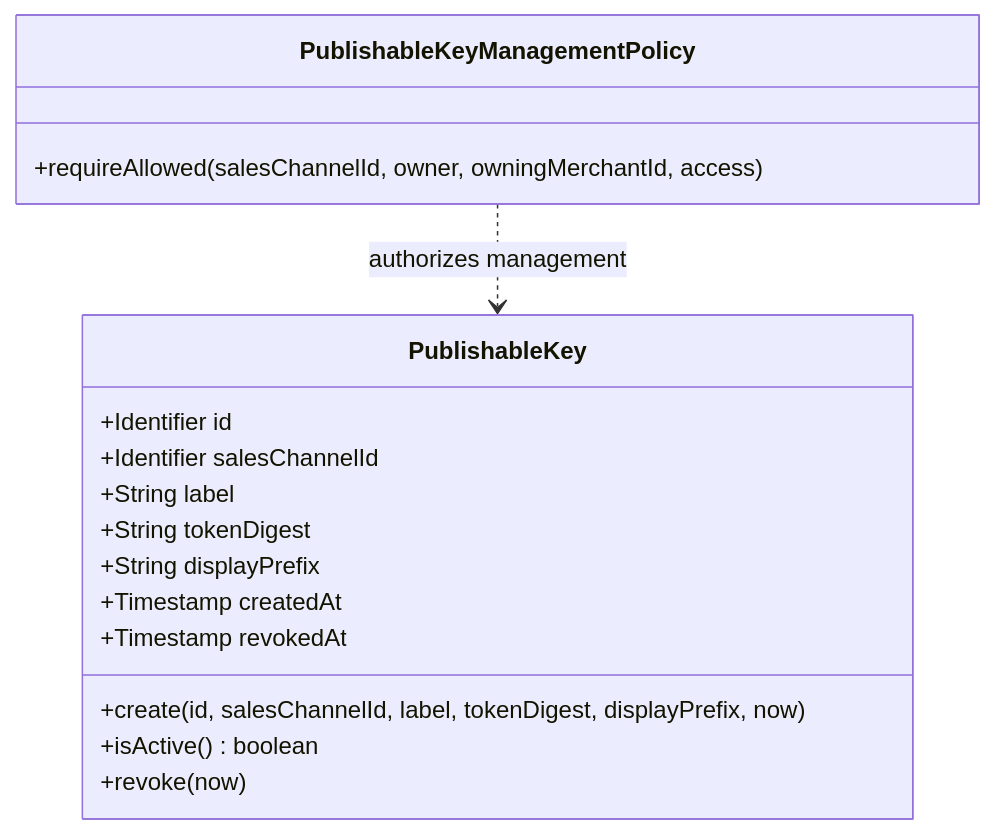
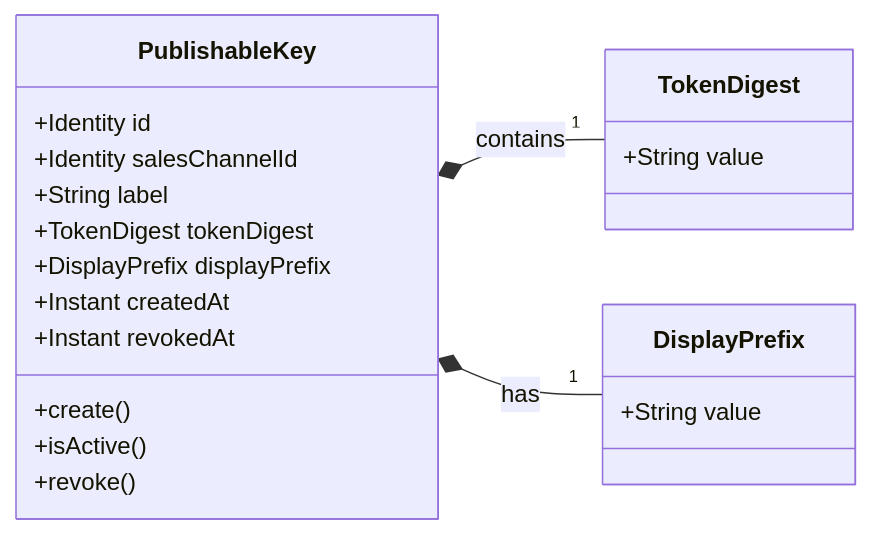
One commit to khinemyaezin/grab changed the second of 3 diagrams in docs/spec/domain/sales-channel/architecture/publishable-key-domain-spec.md. Above: the diagram before and after it, drawn with Mermaid. The commit also changed other lines of this file and 22 other files, not shown here.

````diff
--- a/docs/spec/domain/sales-channel/architecture/publishable-key-domain-spec.md
+++ b/docs/spec/domain/sales-channel/architecture/publishable-key-domain-spec.md
@@ -72,23 +51,28 @@
 ```mermaid
 classDiagram
-    direction TB
+    direction LR
 
     class PublishableKey {
-        +Identifier id
-        +Identifier salesChannelId
+        +Identity id
+        +Identity salesChannelId
         +String label
-        +String tokenDigest
-        +String displayPrefix
-        +Timestamp createdAt
-        +Timestamp revokedAt
-        +create(id, salesChannelId, label, tokenDigest, displayPrefix, now)
-        +isActive() boolean
-        +revoke(now)
+        +TokenDigest tokenDigest
+        +DisplayPrefix displayPrefix
+        +Instant createdAt
+        +Instant revokedAt
+        +create()
+        +isActive()
+        +revoke()
     }
 
-    class PublishableKeyManagementPolicy {
-        +requireAllowed(salesChannelId, owner, owningMerchantId, access)
+    class TokenDigest {
+        +String value
     }
 
-    PublishableKeyManagementPolicy ..> PublishableKey : authorizes management
+    class DisplayPrefix {
+        +String value
+    }
+
+    PublishableKey *-- "1" TokenDigest : contains
+    PublishableKey *-- "1" DisplayPrefix : has
 ```
````
